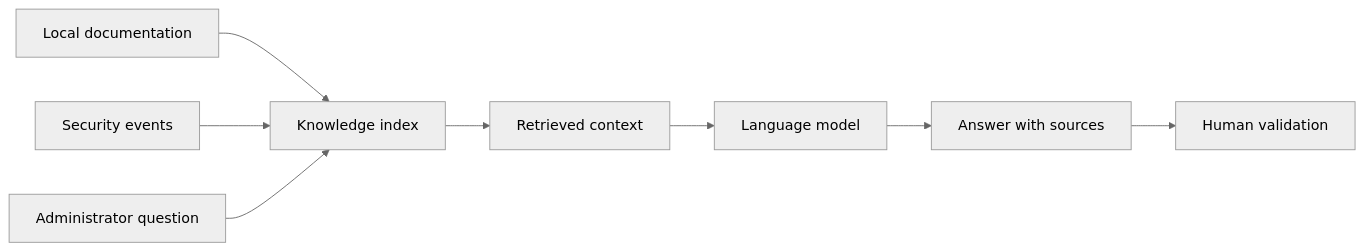
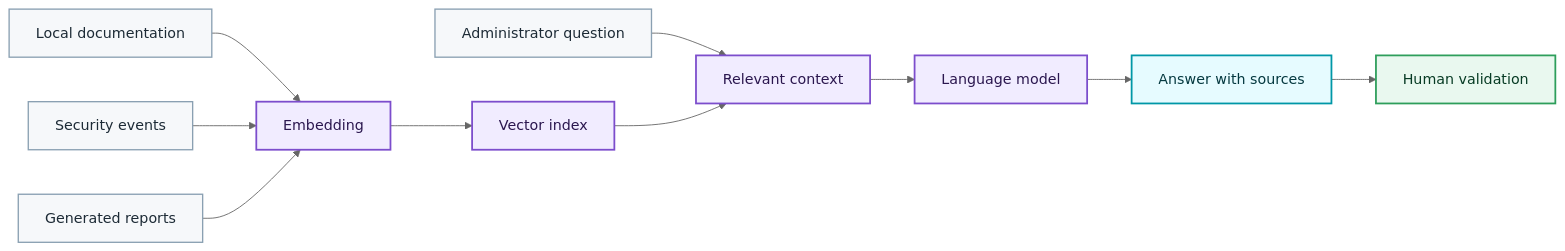
The ninth of 12 diagrams in README.md (G-omar3/Ova_Security), drawn with Mermaid (neutral theme) before and after one commit. The commit also changed other lines of this file, not shown here.

Commit message:
Enrich architecture README

````diff
--- a/README.md
+++ b/README.md
@@ -181,15 +448,29 @@
 ```mermaid
 flowchart LR
-  Question[Administrator question]
-  Documentation[Local documentation]
-  Events[Security events]
-  Index[Knowledge index]
-  Context[Retrieved context]
-  Model[Language model]
+  User[Administrator question]
+  Docs[Local documentation]
+  Logs[Security events]
+  Reports[Generated reports]
+  Embed[Embedding]
+  Index[Vector index]
+  Retrieve[Relevant context]
+  LLM[Language model]
   Answer[Answer with sources]
   Human[Human validation]
 
-  Documentation --> Index
-  Events --> Index
-  Question --> Index --> Context --> Model --> Answer --> Human
+  Docs --> Embed --> Index
+  Logs --> Embed
+  Reports --> Embed
+  User --> Retrieve
+  Index --> Retrieve --> LLM --> Answer --> Human
+
+  classDef input fill:#f6f8fa,stroke:#8aa0b2,stroke-width:1.5px,color:#1d2b36;
+  classDef ai fill:#f1ecff,stroke:#7c4dcc,stroke-width:2px,color:#2b174f;
+  classDef output fill:#e6fbff,stroke:#0097a7,stroke-width:2px,color:#053940;
+  classDef human fill:#e9f8ef,stroke:#2e9e5b,stroke-width:2px,color:#073b24;
+
+  class User,Docs,Logs,Reports input;
+  class Embed,Index,Retrieve,LLM ai;
+  class Answer output;
+  class Human human;
 ```
````
